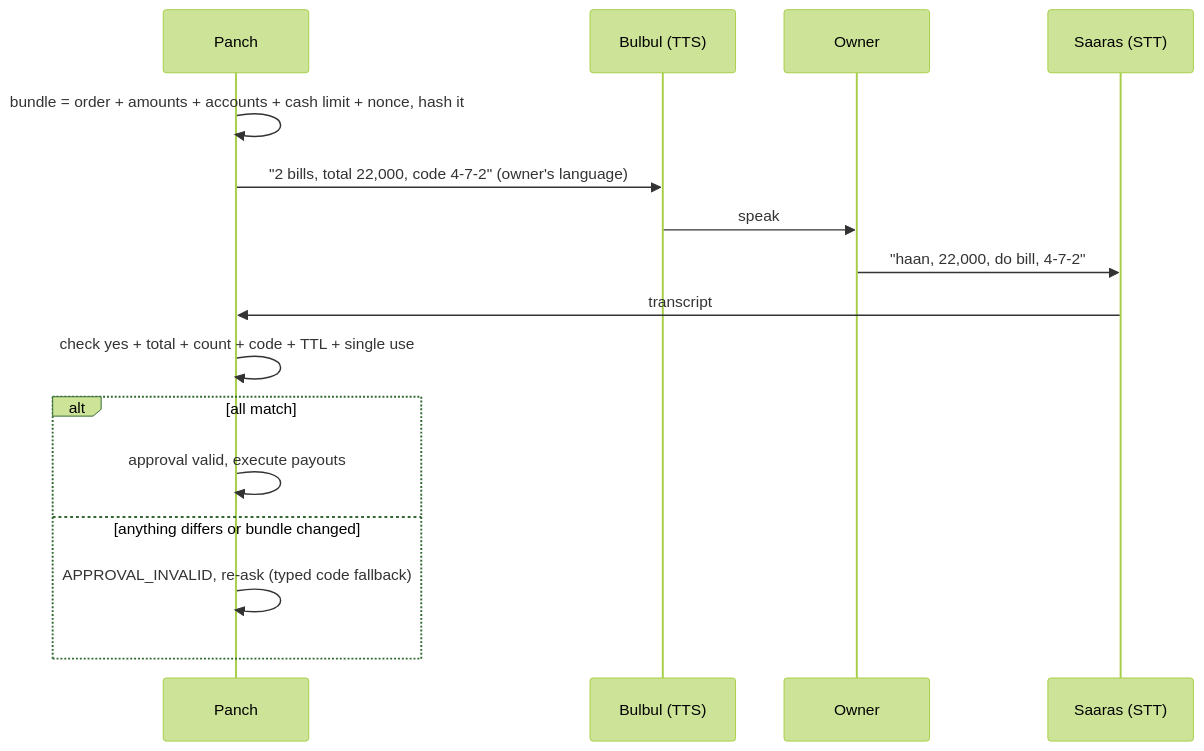
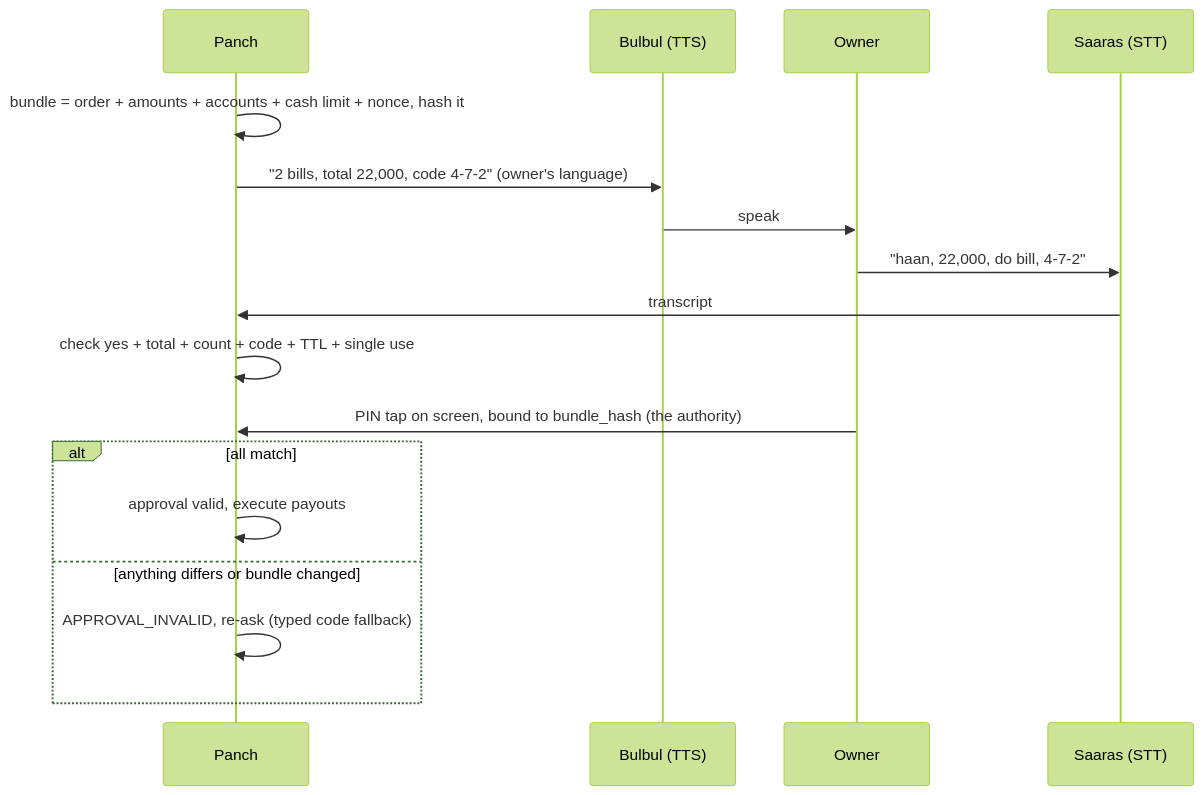
Before and after one commit to ServerCrash358/cashfreeXsarvam: the fourth of 4 diagrams in docs/ARCHITECTURE.md, drawn with Mermaid (forest theme). The commit also changed other lines of this file and 7 other files, not shown here.

````diff
--- a/docs/ARCHITECTURE.md
+++ b/docs/ARCHITECTURE.md
@@ -115,18 +128,19 @@
 ```mermaid
 sequenceDiagram
   participant P as Panch
   participant B as Bulbul (TTS)
   participant O as Owner
   participant S as Saaras (STT)
   P->>P: bundle = order + amounts + accounts + cash limit + nonce, hash it
   P->>B: "2 bills, total 22,000, code 4-7-2" (owner's language)
   B->>O: speak
   O->>S: "haan, 22,000, do bill, 4-7-2"
   S->>P: transcript
   P->>P: check yes + total + count + code + TTL + single use
+  O->>P: PIN tap on screen, bound to bundle_hash (the authority)
   alt all match
     P->>P: approval valid, execute payouts
   else anything differs or bundle changed
     P->>P: APPROVAL_INVALID, re-ask (typed code fallback)
   end
 ```
````
